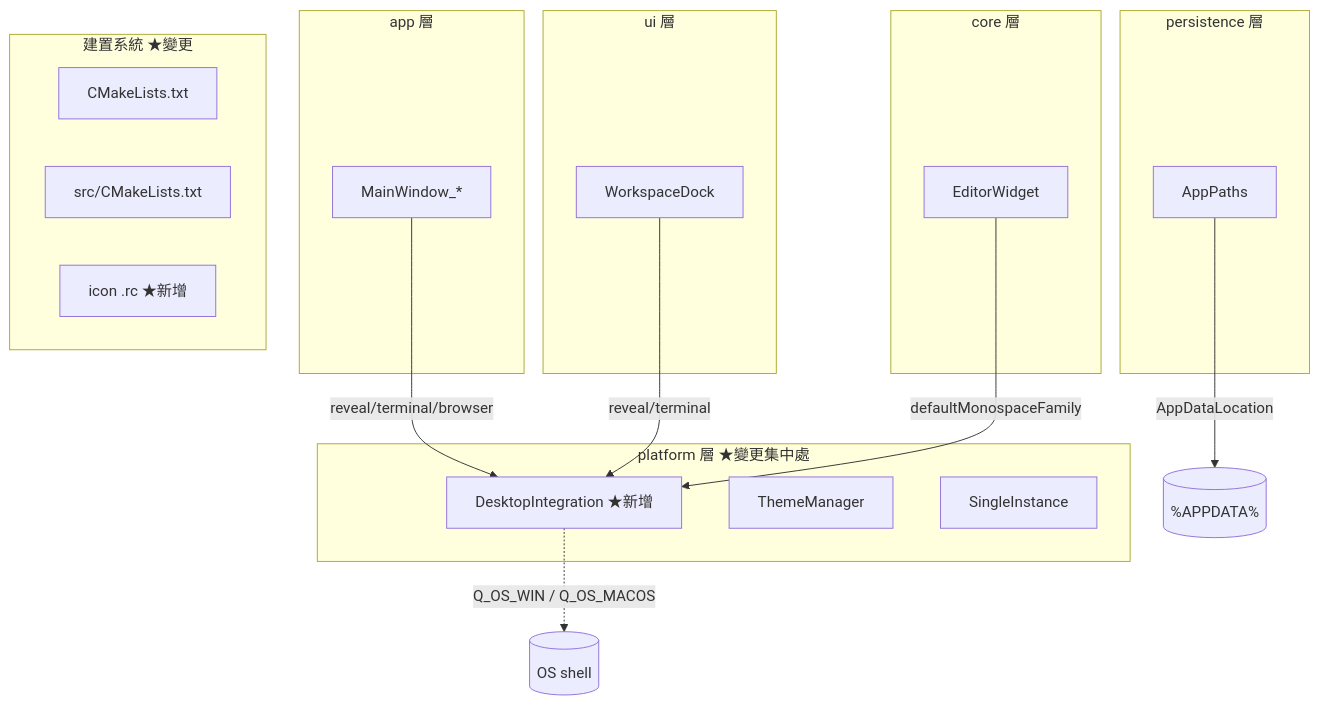
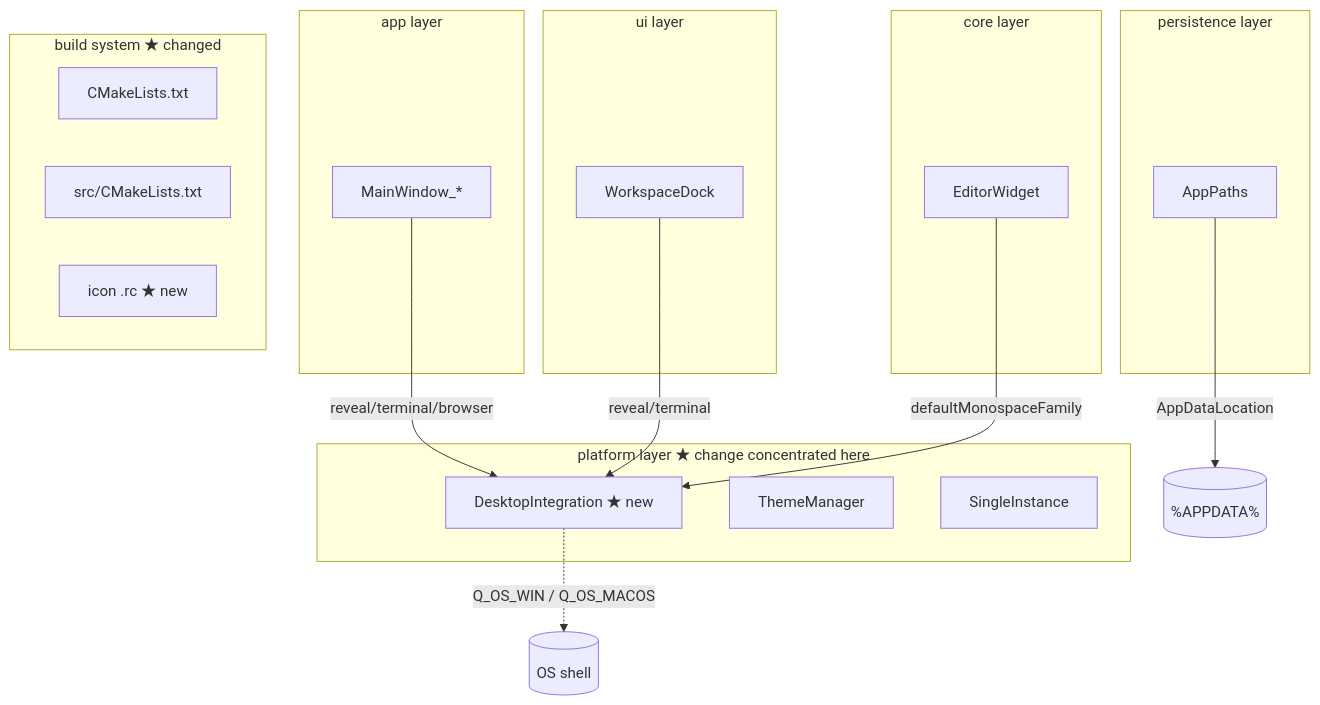
The first of 2 diagrams in docs/windows_sa_sd.md (EddyKuo/macpadpp), drawn with Mermaid before and after one commit. The commit also changed other lines of this file and 24 other files, not shown here.

````diff
--- a/docs/windows_sa_sd.md
+++ b/docs/windows_sa_sd.md
@@ -33,31 +40,31 @@
 ```mermaid
 flowchart TB
-    subgraph app[app 層]
+    subgraph app[app layer]
       MW[MainWindow_*]
     end
-    subgraph ui[ui 層]
+    subgraph ui[ui layer]
       WD[WorkspaceDock]
     end
-    subgraph core[core 層]
+    subgraph core[core layer]
       EW[EditorWidget]
     end
-    subgraph platform[platform 層 ★變更集中處]
-      DI[DesktopIntegration ★新增]
+    subgraph platform[platform layer ★ change concentrated here]
+      DI[DesktopIntegration ★ new]
       TM[ThemeManager]
       SI[SingleInstance]
     end
-    subgraph persistence[persistence 層]
+    subgraph persistence[persistence layer]
       AP[AppPaths]
     end
-    subgraph build[建置系統 ★變更]
+    subgraph build[build system ★ changed]
       CM[CMakeLists.txt]
       SCM[src/CMakeLists.txt]
-      RC[icon .rc ★新增]
+      RC[icon .rc ★ new]
     end
 
     MW -->|reveal/terminal/browser| DI
     WD -->|reveal/terminal| DI
     EW -->|defaultMonospaceFamily| DI
     DI -. Q_OS_WIN / Q_OS_MACOS .-> OS[(OS shell)]
     AP -->|AppDataLocation| FS[(%APPDATA%)]
 ```
````
